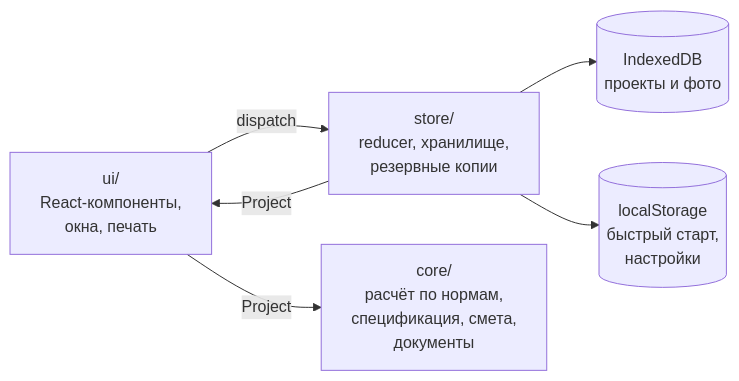
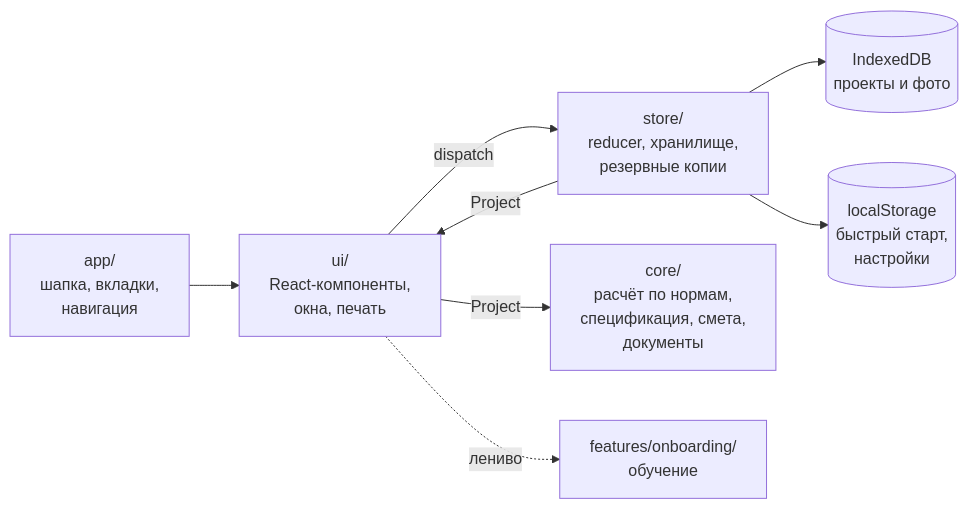
The diagram in README.md (AkselDjun/Ampli), drawn with Mermaid before and after one commit. The commit also changed other lines of this file and 42 other files, not shown here.

````diff
--- a/README.md
+++ b/README.md
@@ -175,8 +257,10 @@
 ```mermaid
 flowchart LR
-    UI["ui/<br>React-компоненты,<br>окна, печать"] -->|dispatch| Store["store/<br>reducer, хранилище,<br>резервные копии"]
+    App["app/<br>шапка, вкладки,<br>навигация"] --> UI["ui/<br>React-компоненты,<br>окна, печать"]
+    UI -->|dispatch| Store["store/<br>reducer, хранилище,<br>резервные копии"]
     Store -->|Project| UI
     UI -->|Project| Core["core/<br>расчёт по нормам,<br>спецификация, смета,<br>документы"]
+    UI -.->|лениво| Onb["features/onboarding/<br>обучение"]
     Store --> IDB[("IndexedDB<br>проекты и фото")]
     Store --> LS[("localStorage<br>быстрый старт,<br>настройки")]
 ```
````
